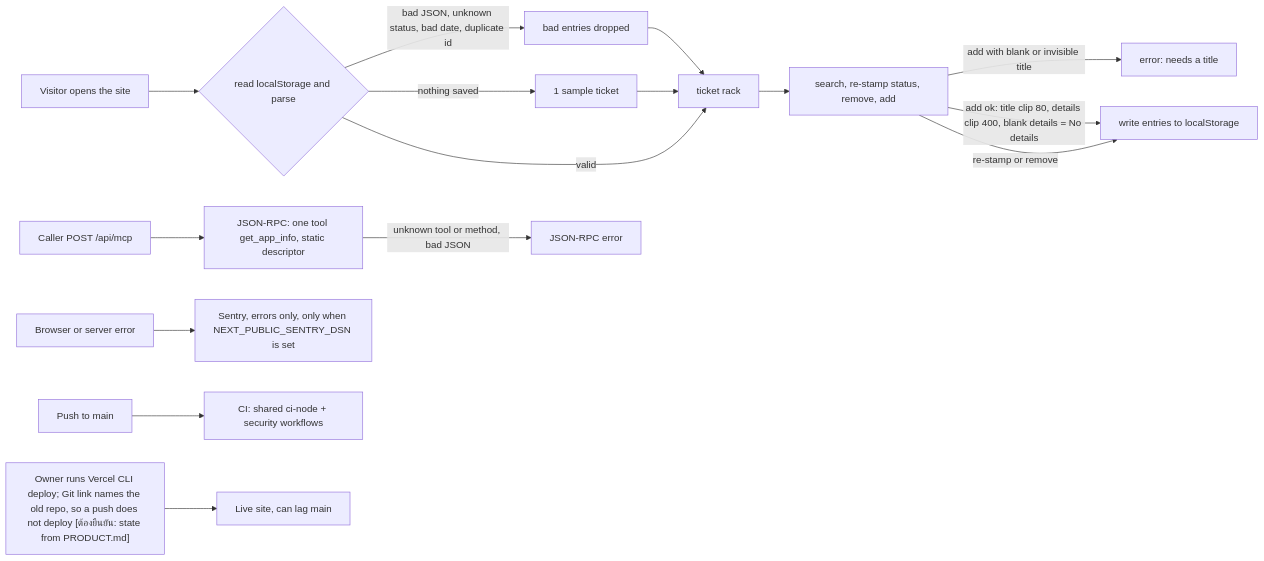
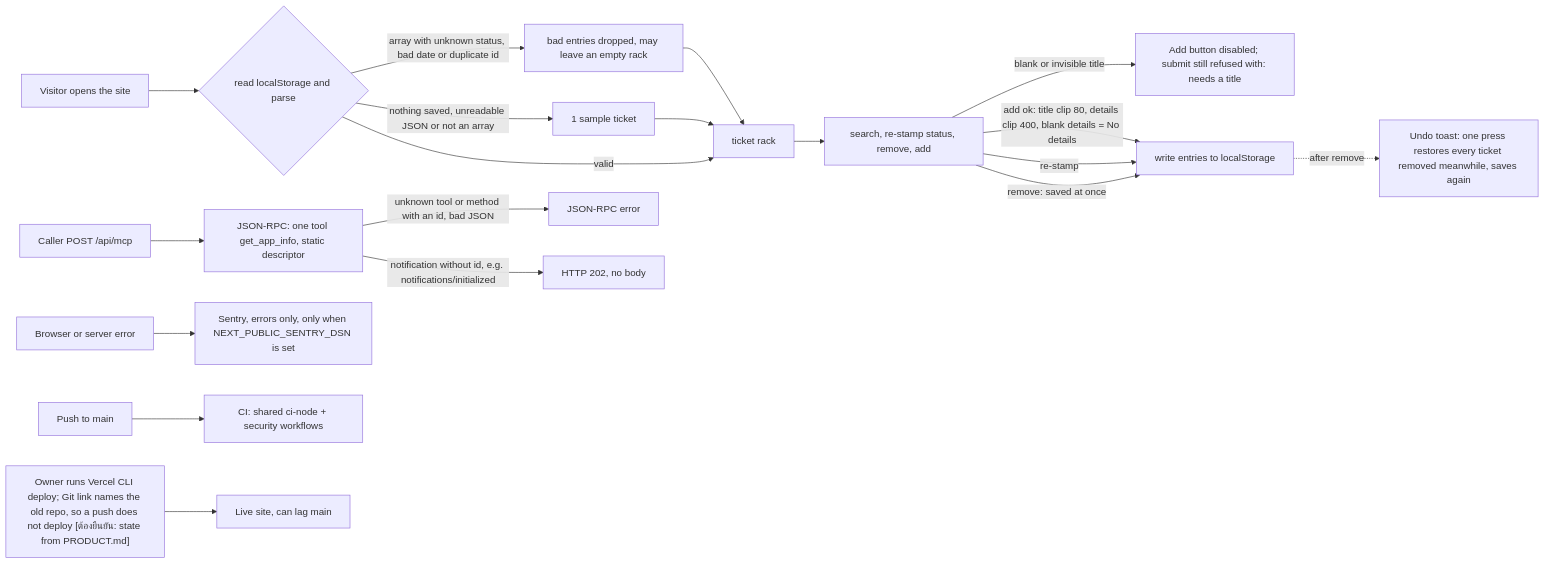
Before and after one commit to bookchaowalit-website/marketing-giveaways-web: the first of 2 diagrams in docs/diagrams/01-business-process.md, drawn with Mermaid. The commit also changed other lines of this file, not shown here.

Commit message:
docs: correct As-Is/To-Be facts from review (01-business-process)

````diff
--- a/docs/diagrams/01-business-process.md
+++ b/docs/diagrams/01-business-process.md
@@ -9,18 +9,21 @@
 ```mermaid
 flowchart LR
   V["Visitor opens the site"] --> RD{"read localStorage and parse"}
-  RD -->|"bad JSON, unknown status, bad date, duplicate id"| DROP["bad entries dropped"]
-  RD -->|"nothing saved"| SEED["1 sample ticket"]
+  RD -->|"array with unknown status, bad date or duplicate id"| DROP["bad entries dropped, may leave an empty rack"]
+  RD -->|"nothing saved, unreadable JSON or not an array"| SEED["1 sample ticket"]
   DROP --> LIST["ticket rack"]
   RD -->|"valid"| LIST
   SEED --> LIST
   LIST --> ACT["search, re-stamp status, remove, add"]
-  ACT -->|"add with blank or invisible title"| REF["error: needs a title"]
+  ACT -->|"blank or invisible title"| REF["Add button disabled; submit still refused with: needs a title"]
   ACT -->|"add ok: title clip 80, details clip 400, blank details = No details"| SAVE["write entries to localStorage"]
-  ACT -->|"re-stamp or remove"| SAVE
+  ACT -->|"re-stamp"| SAVE
+  ACT -->|"remove: saved at once"| SAVE
+  SAVE -.->|"after remove"| UNDO["Undo toast: one press restores every ticket removed meanwhile, saves again"]
   AG["Caller POST /api/mcp"] --> MCP["JSON-RPC: one tool get_app_info, static descriptor"]
-  MCP -->|"unknown tool or method, bad JSON"| ERR["JSON-RPC error"]
+  MCP -->|"unknown tool or method with an id, bad JSON"| ERR["JSON-RPC error"]
+  MCP -->|"notification without id, e.g. notifications/initialized"| ACK["HTTP 202, no body"]
   ERRS["Browser or server error"] --> SEN["Sentry, errors only, only when NEXT_PUBLIC_SENTRY_DSN is set"]
   DEV["Push to main"] --> CI["CI: shared ci-node + security workflows"]
   OWN["Owner runs Vercel CLI deploy; Git link names the old repo, so a push does not deploy [ต้องยืนยัน: state from PRODUCT.md]"] --> LIVE["Live site, can lag main"]
 ```
````
